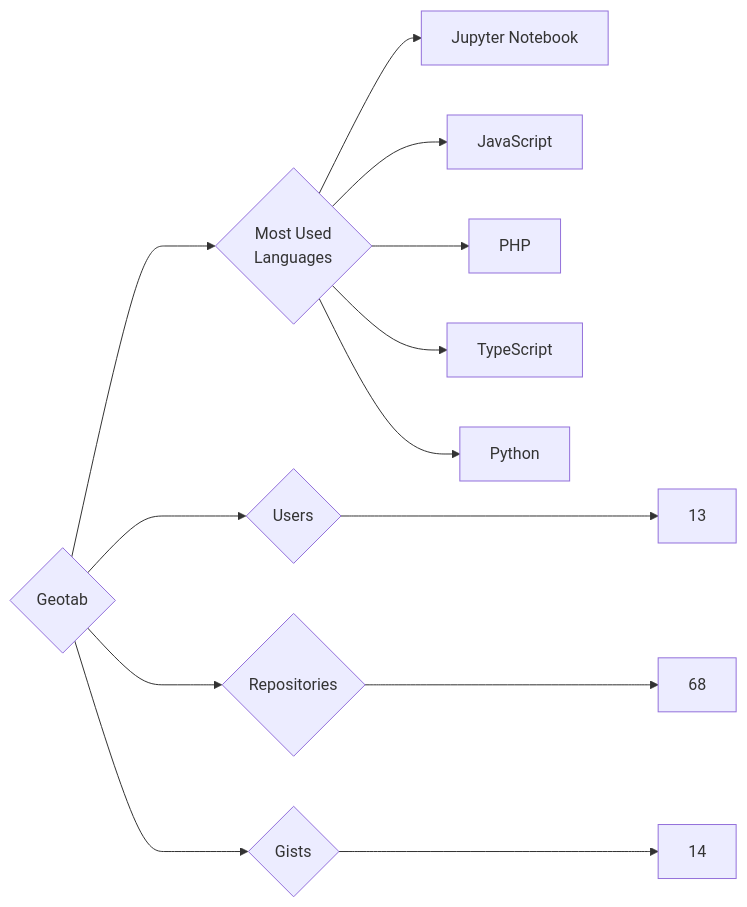
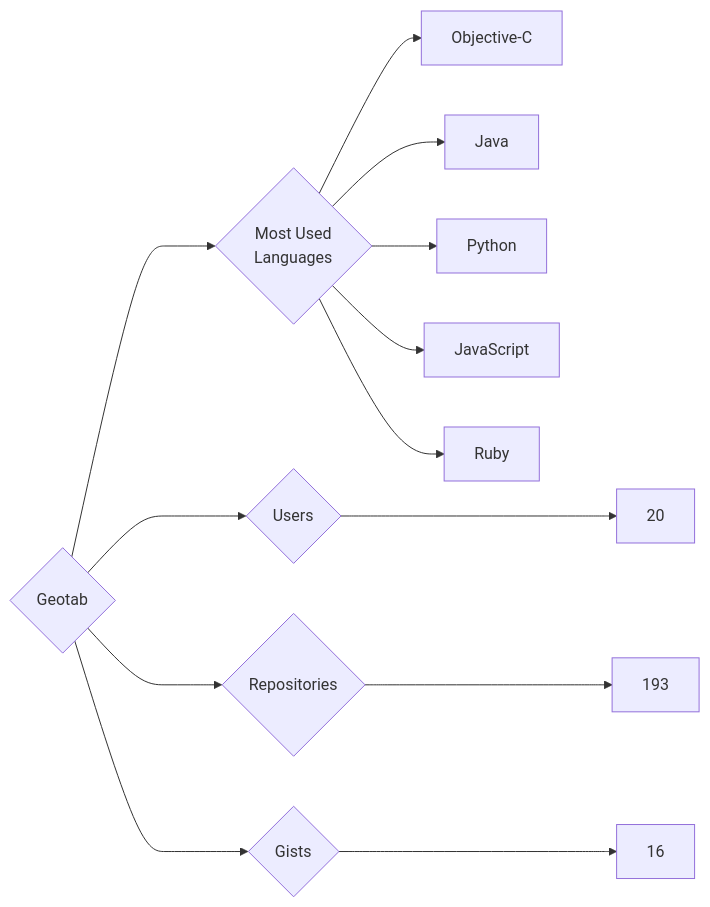
Before and after one commit to trickest/insiders: the diagram in targets/Geotab/README.md, drawn with Mermaid. The commit also changed 845 other files, not shown here.

````diff
--- a/targets/Geotab/README.md
+++ b/targets/Geotab/README.md
@@ -3,13 +3,13 @@
 ```mermaid
 graph LR
 COMPANY_NAME{Geotab}
-COMPANY_NAME ---> U{Users} ---> UN[13]
-COMPANY_NAME ---> R{Repositories} ---> RN[68]
-COMPANY_NAME ---> G{Gists} ---> GN[14]
+COMPANY_NAME ---> U{Users} ---> UN[20]
+COMPANY_NAME ---> R{Repositories} ---> RN[193]
+COMPANY_NAME ---> G{Gists} ---> GN[16]
 COMPANY_NAME ---> ML{Most Used<br>Languages}
-ML --> Jupyter_Notebook[Jupyter Notebook]
+ML --> Objective-C[Objective-C]
+ML --> Java[Java]
+ML --> Python[Python]
 ML --> JavaScript[JavaScript]
-ML --> PHP[PHP]
-ML --> TypeScript[TypeScript]
-ML --> Python[Python]
+ML --> Ruby[Ruby]
 ```
````
